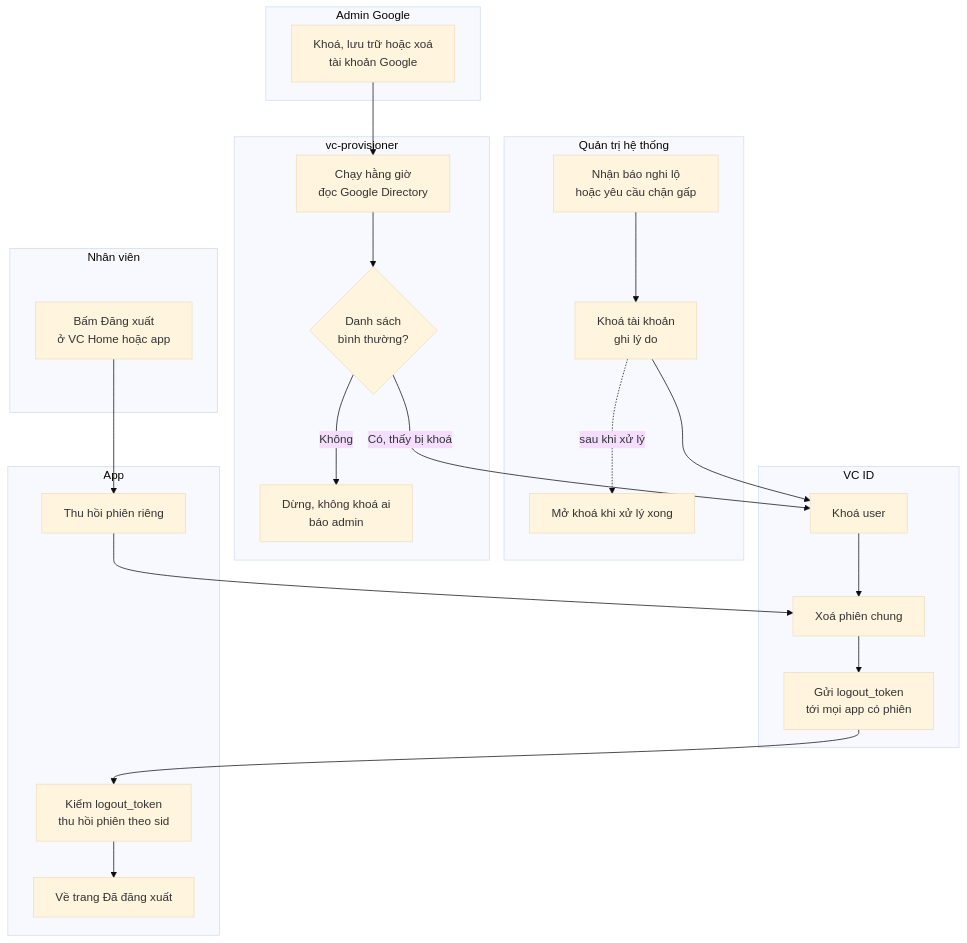
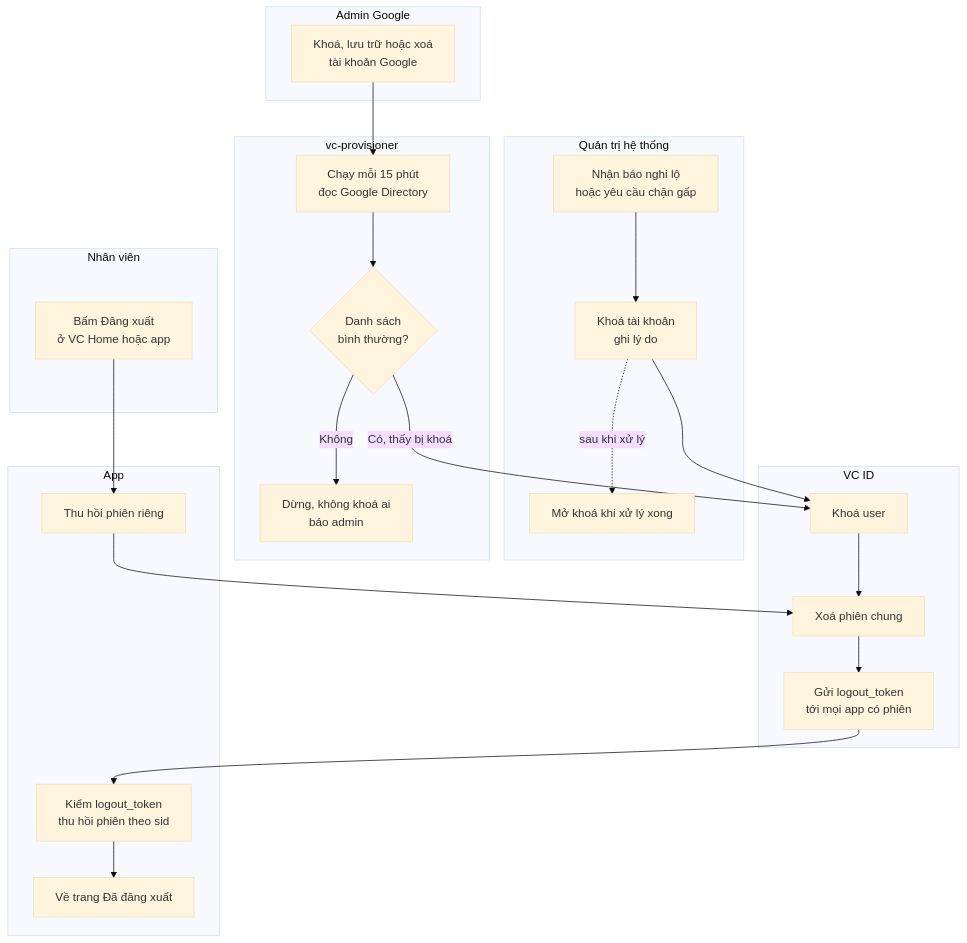
Before and after one commit to daoxuanson15072001/vc: the third of 13 diagrams in docs/vc-home/03-quy-trinh.md, drawn with Mermaid (base theme). The commit also changed other lines of this file and 10 other files, not shown here.

````diff
--- a/docs/vc-home/03-quy-trinh.md
+++ b/docs/vc-home/03-quy-trinh.md
@@ -211,36 +211,36 @@
 ```mermaid
 flowchart TD
   subgraph NVL["Nhân viên"]
     N1["Bấm Đăng xuất<br/>ở VC Home hoặc app"]
   end
   subgraph QTL["Quản trị hệ thống"]
     K1["Nhận báo nghi lộ<br/>hoặc yêu cầu chặn gấp"]
     K2["Khoá tài khoản<br/>ghi lý do"]
     K3["Mở khoá khi xử lý xong"]
   end
   subgraph GAL["Admin Google"]
     G1["Khoá, lưu trữ hoặc xoá<br/>tài khoản Google"]
   end
   subgraph PRL["vc-provisioner"]
-    P1["Chạy hằng giờ<br/>đọc Google Directory"]
+    P1["Chạy mỗi 15 phút<br/>đọc Google Directory"]
     P2{"Danh sách<br/>bình thường?"}
     P3["Dừng, không khoá ai<br/>báo admin"]
   end
   subgraph VIDL["VC ID"]
     V1["Khoá user"]
     V2["Xoá phiên chung"]
     V3["Gửi logout_token<br/>tới mọi app có phiên"]
   end
   subgraph APL["App"]
     A0["Thu hồi phiên riêng"]
     A1["Kiểm logout_token<br/>thu hồi phiên theo sid"]
     A2["Về trang Đã đăng xuất"]
   end
   N1 --> A0 --> V2
   K1 --> K2 --> V1
   G1 --> P1 --> P2
   P2 -->|"Có, thấy bị khoá"| V1
   P2 -->|"Không"| P3
   V1 --> V2 --> V3 --> A1 --> A2
   K2 -.->|"sau khi xử lý"| K3
 ```
````
